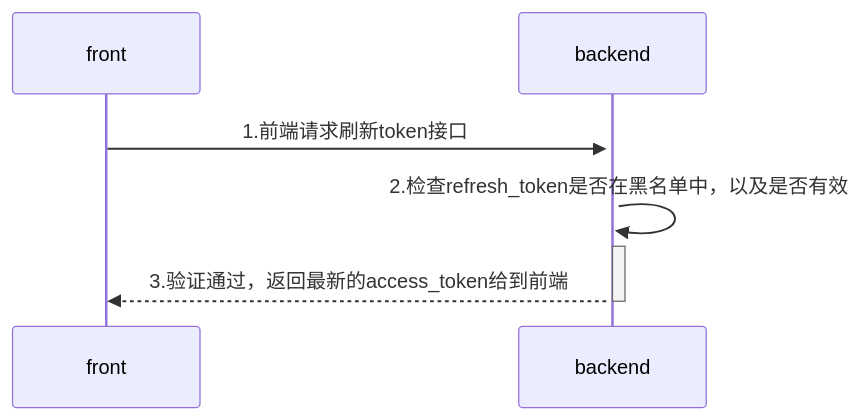
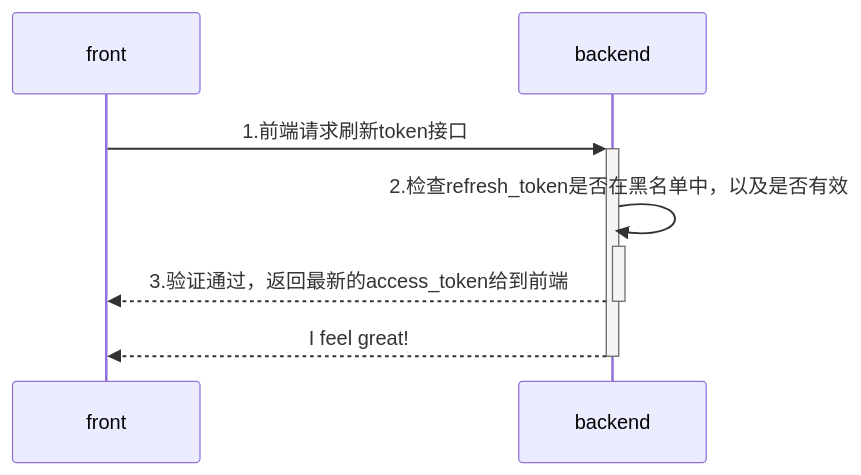
The diagram in all/未命名-4.md (yingjianzh/iodraw-files), drawn with Mermaid before and after one commit.

Commit message:
2024-08-02 17:46:32 update

````diff
--- a/all/未命名-4.md
+++ b/all/未命名-4.md
@@ -1,7 +1,8 @@
 ```mermaid
 sequenceDiagram
     front->>+backend: 1.前端请求刷新token接口
     backend->>+backend: 2.检查refresh_token是否在黑名单中，以及是否有效
     backend-->>-front: 3.验证通过，返回最新的access_token给到前端
+    backend-->>-front: I feel great!
             
 ```
````
